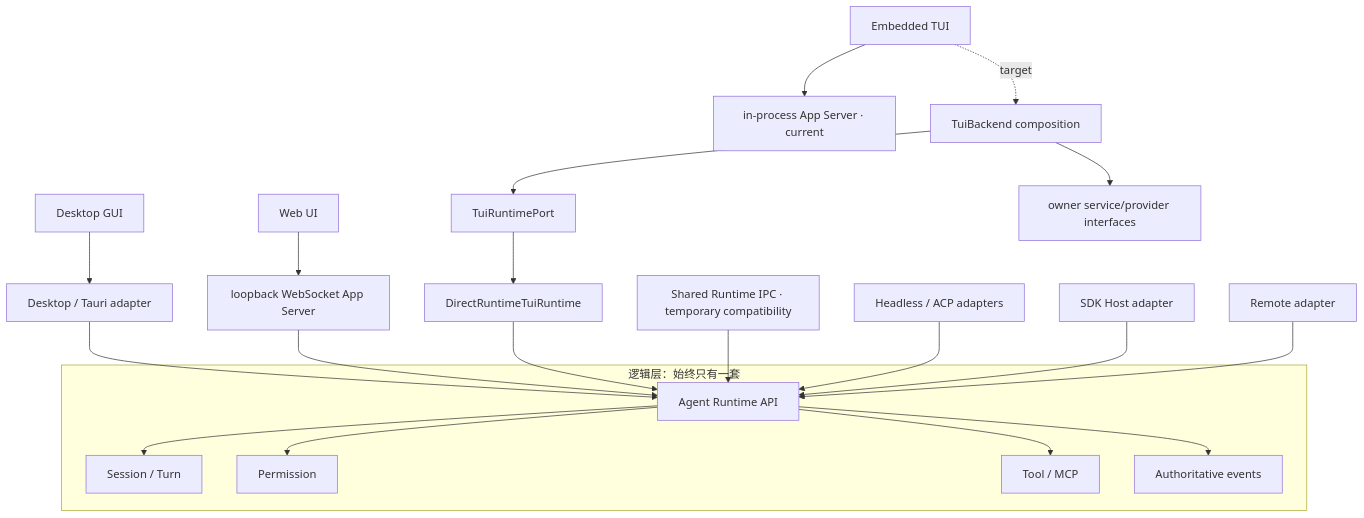
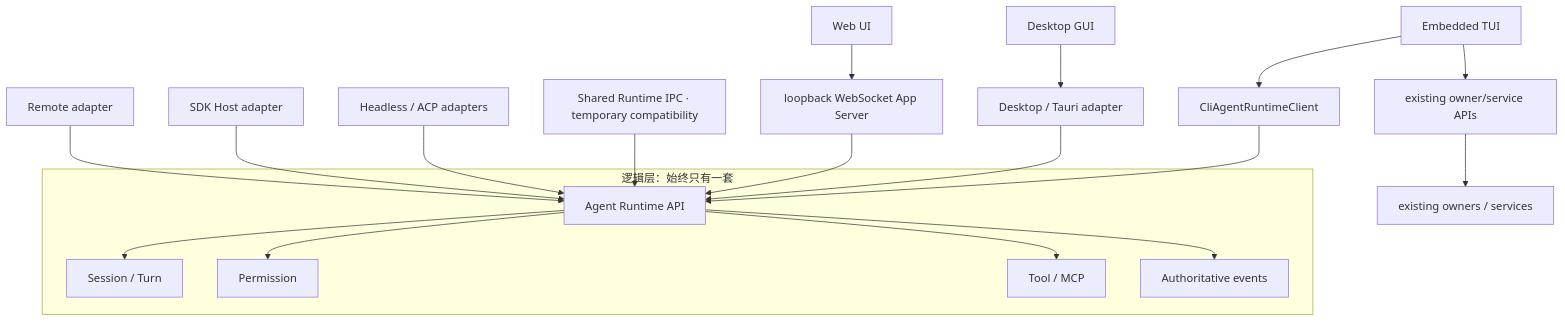
Before and after one commit to 1688mengdie/BitFun: the fifth of 17 diagrams in docs/architecture/agent-runtime-deployment-design.md, drawn with Mermaid. The commit also changed other lines of this file and 71 other files, not shown here.

Commit message:
refactor(cli): decouple TUI runtime from app server

````diff
--- a/docs/architecture/agent-runtime-deployment-design.md
+++ b/docs/architecture/agent-runtime-deployment-design.md
@@ -109,24 +109,22 @@
 ```mermaid
 flowchart TB
   subgraph "逻辑层：始终只有一套"
     API["Agent Runtime API"] --> Session["Session / Turn"]
     API --> Permission["Permission"]
     API --> Tool["Tool / MCP"]
     API --> Events["Authoritative events"]
   end
 
   Desktop["Desktop GUI"] --> DesktopAdapter["Desktop / Tauri adapter"]
   Web["Web UI"] --> AppServer["loopback WebSocket App Server"]
-  EmbeddedTUI["Embedded TUI"] --> EmbeddedCurrent["in-process App Server · current"]
-  EmbeddedTUI -. "target" .-> Composition["TuiBackend composition"]
-  Composition --> RuntimePort["TuiRuntimePort"]
-  RuntimePort --> DirectRuntime["DirectRuntimeTuiRuntime"]
-  Composition --> Management["owner service/provider interfaces"]
+  EmbeddedTUI["Embedded TUI"] --> RuntimeClient["CliAgentRuntimeClient"]
+  RuntimeClient --> API
+  EmbeddedTUI --> OwnerApis["existing owner/service APIs"]
+  OwnerApis --> DomainOwners["existing owners / services"]
   DesktopAdapter --> API
   AppServer --> API
-  DirectRuntime --> API
   SharedCompat["Shared Runtime IPC · temporary compatibility"] --> API
   Headless["Headless / ACP adapters"] --> API
   SDK["SDK Host adapter"] --> API
   Remote["Remote adapter"] --> API
 ```
````
